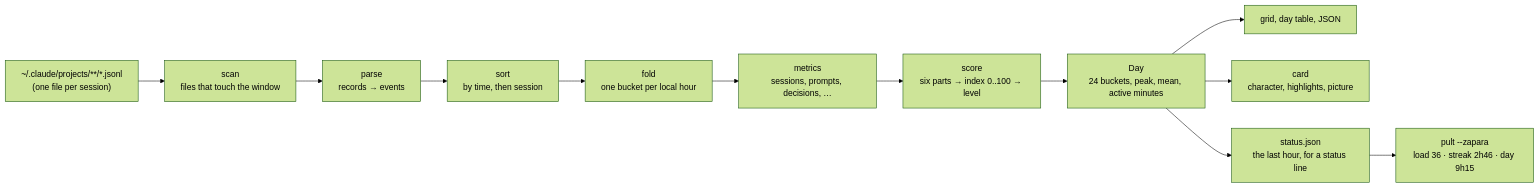
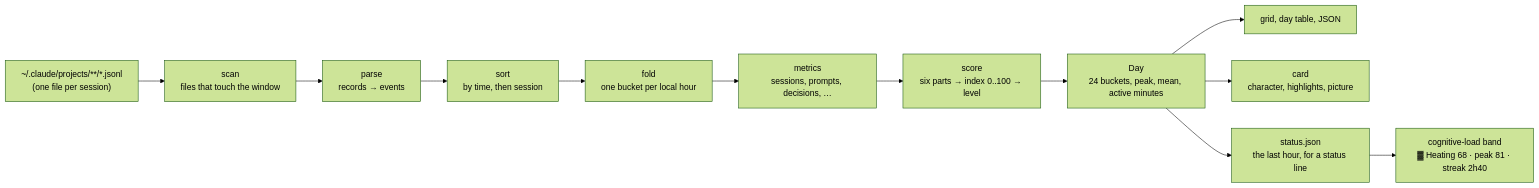
The diagram in docs/how-the-numbers-are-made.md (drakulavich/cogload), drawn with Mermaid (forest theme) before and after one commit. The commit also changed other lines of this file and 1 other file, not shown here.

Commit message:
docs: drop pult from the README and how-the-numbers (#111)

````diff
--- a/docs/how-the-numbers-are-made.md
+++ b/docs/how-the-numbers-are-made.md
@@ -9,14 +9,14 @@
 ```mermaid
 flowchart LR
   T["~/.claude/projects/**/*.jsonl<br/>(one file per session)"] --> S["scan<br/>files that touch the window"]
   S --> P["parse<br/>records → events"]
   P --> O["sort<br/>by time, then session"]
   O --> F["fold<br/>one bucket per local hour"]
   F --> M["metrics<br/>sessions, prompts, decisions, …"]
   M --> X["score<br/>six parts → index 0..100 → level"]
   X --> D["Day<br/>24 buckets, peak, mean, active minutes"]
   D --> G["grid, day table, JSON"]
   D --> C["card<br/>character, highlights, picture"]
   D --> ST["status.json<br/>the last hour, for a status line"]
-  ST --> PU["pult --zapara<br/>load 36 · streak 2h46 · day 9h15"]
+  ST --> CL["cognitive-load band<br/>▓ Heating 68 · peak 81 · streak 2h40"]
 ```
````
